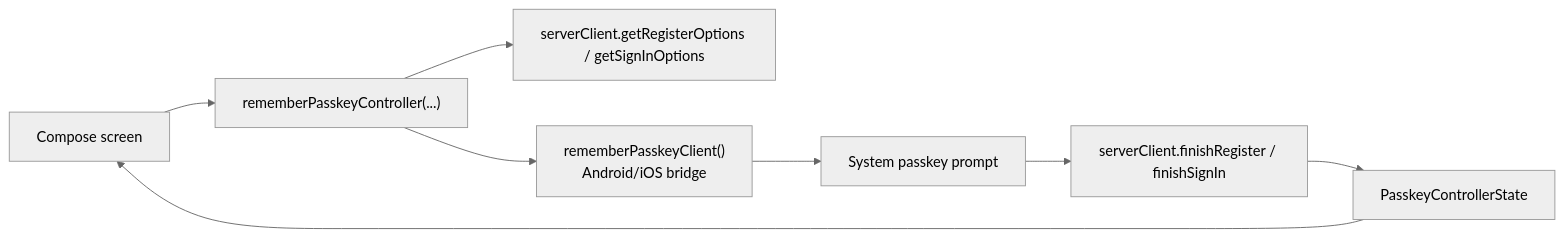
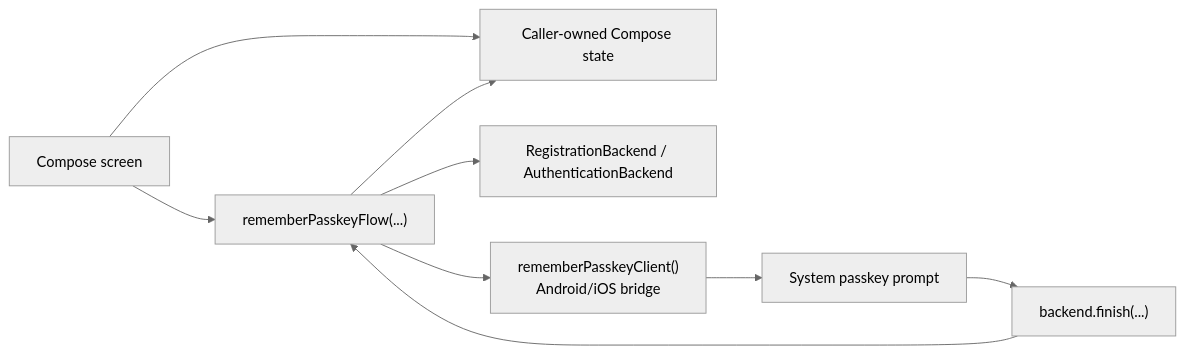
The diagram in client/webauthn-client-compose/README.md (szijpeter/webauthn-kotlin-multiplatform), drawn with Mermaid (neutral theme) before and after one commit. The commit also changed other lines of this file and 6 other files, not shown here.

Commit message:
refactor(compose): add flow-first helper

````diff
--- a/client/webauthn-client-compose/README.md
+++ b/client/webauthn-client-compose/README.md
@@ -12,10 +13,11 @@
 ```mermaid
 flowchart LR
-    UI["Compose screen"] --> Controller["rememberPasskeyController(...)"]
-    Controller --> Start["serverClient.getRegisterOptions / getSignInOptions"]
-    Controller --> Platform["rememberPasskeyClient()<br/>Android/iOS bridge"]
+    UI["Compose screen"] --> State["Caller-owned Compose state"]
+    UI --> Flow["rememberPasskeyFlow(...)"]
+    Flow --> Start["RegistrationBackend / AuthenticationBackend"]
+    Flow --> Platform["rememberPasskeyClient()<br/>Android/iOS bridge"]
     Platform --> Prompt["System passkey prompt"]
-    Prompt --> Finish["serverClient.finishRegister / finishSignIn"]
-    Finish --> State["PasskeyControllerState"]
-    State --> UI
+    Prompt --> Finish["backend.finish(...)" ]
+    Finish --> Flow
+    Flow --> State
 ```
````
